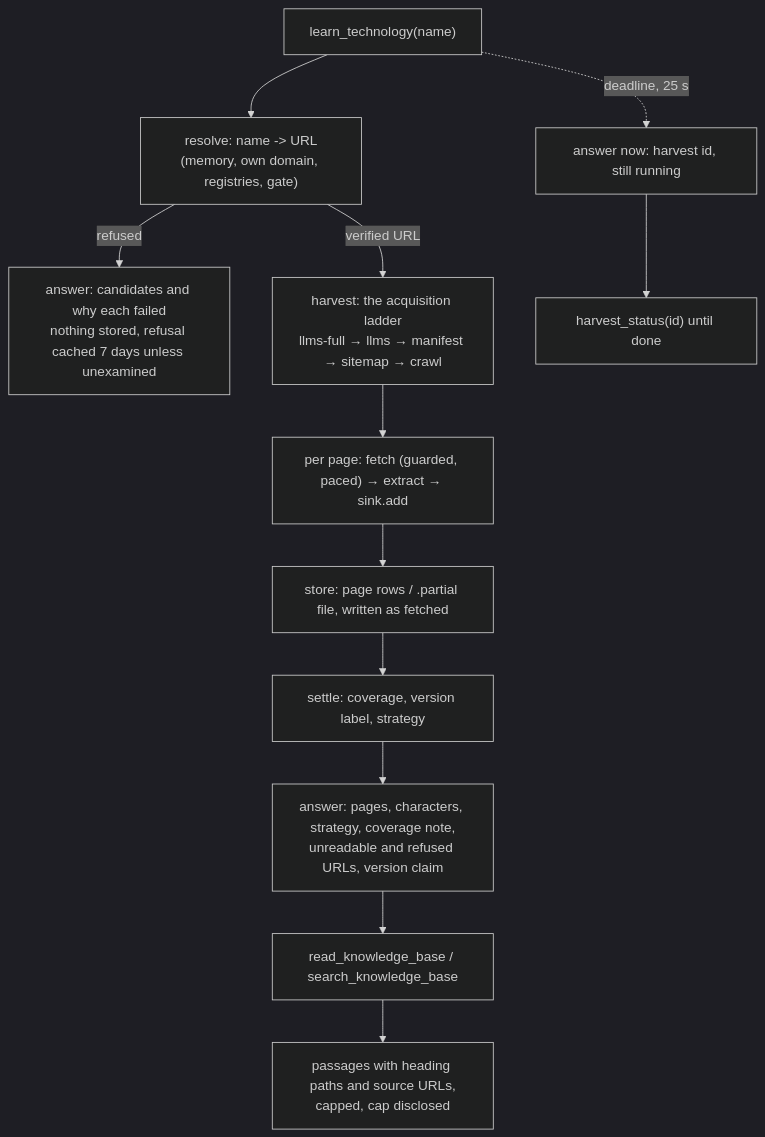
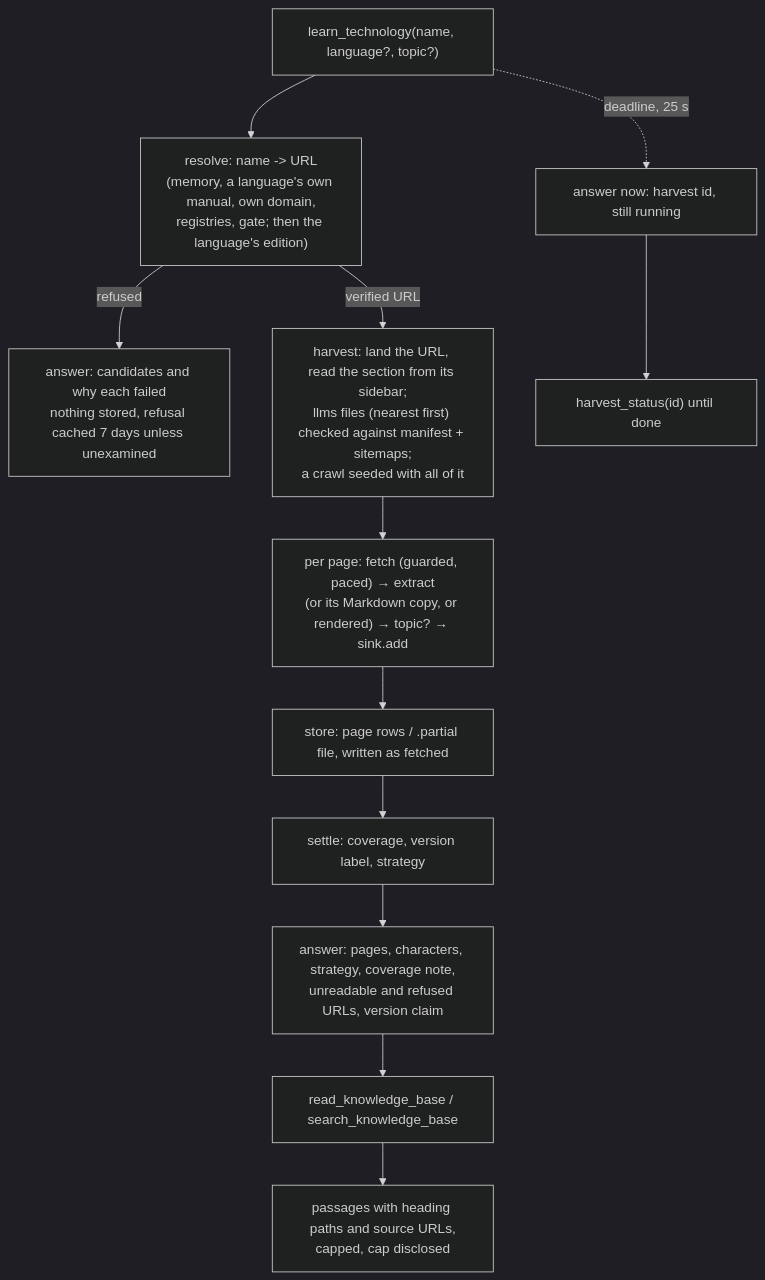
The first of 2 diagrams in System Files/Workflow.md (R204570/DocsForge), drawn with Mermaid (dark theme) before and after one commit. The commit also changed other lines of this file and 5 other files, not shown here.

````diff
--- a/System Files/Workflow.md
+++ b/System Files/Workflow.md
@@ -13,14 +13,14 @@
 ```mermaid
 flowchart TD
-  A["learn_technology(name)"] --> B["resolve: name -> URL<br/>(memory, own domain, registries, gate)"]
+  A["learn_technology(name, language?, topic?)"] --> B["resolve: name -> URL<br/>(memory, a language's own manual, own domain,<br/>registries, gate; then the language's edition)"]
   B -->|refused| R["answer: candidates and why each failed<br/>nothing stored, refusal cached 7 days unless unexamined"]
-  B -->|verified URL| C["harvest: the acquisition ladder<br/>llms-full → llms → manifest → sitemap → crawl"]
-  C --> D["per page: fetch (guarded, paced) → extract → sink.add"]
+  B -->|verified URL| C["harvest: land the URL, read the section from its sidebar;<br/>llms files (nearest first) checked against manifest + sitemaps;<br/>a crawl seeded with all of it"]
+  C --> D["per page: fetch (guarded, paced) → extract<br/>(or its Markdown copy, or rendered) → topic? → sink.add"]
   D --> E["store: page rows / .partial file, written as fetched"]
   E --> F["settle: coverage, version label, strategy"]
   F --> G["answer: pages, characters, strategy, coverage note,<br/>unreadable and refused URLs, version claim"]
   A -.->|"deadline, 25 s"| H["answer now: harvest id, still running"]
   H --> I["harvest_status(id) until done"]
   G --> J["read_knowledge_base / search_knowledge_base"]
   J --> K["passages with heading paths and source URLs,<br/>capped, cap disclosed"]
 ```
````
